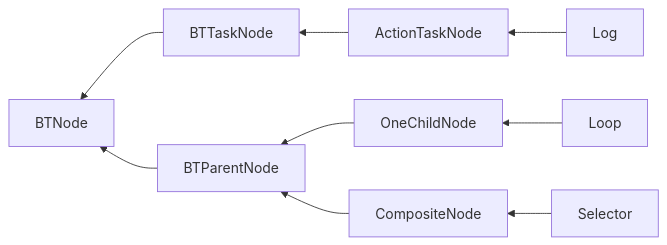
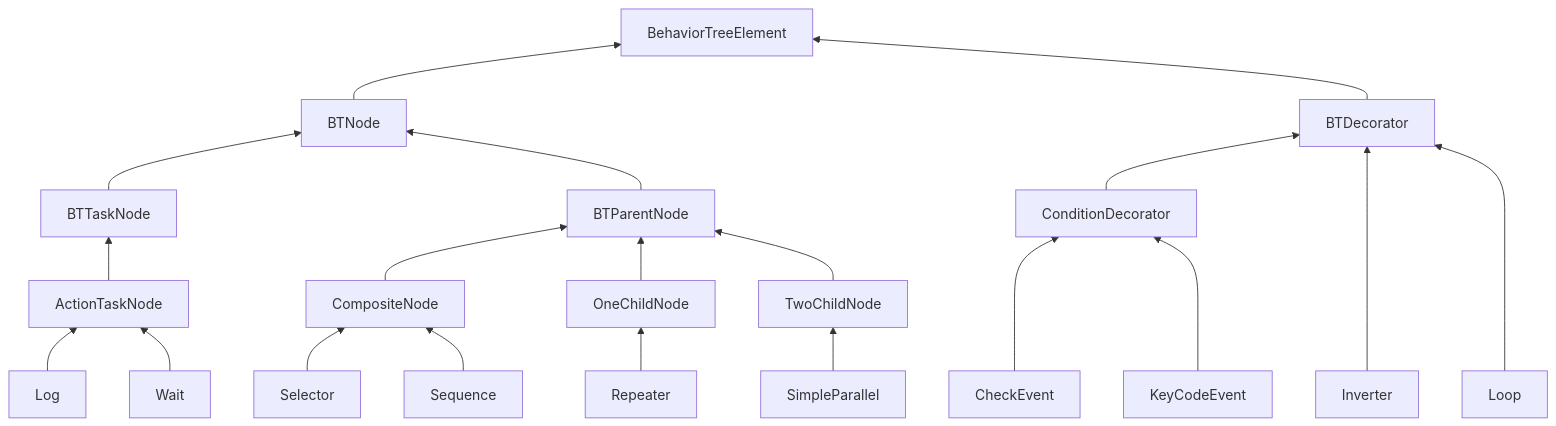
The first of 2 diagrams in UnityAI/Packages/com.megumin.ai/Runtime/BehaviorTree/README.md (0x3f3f3f3f/Megumin.GameFramework.AI), drawn with Mermaid before and after one commit. The commit also changed other lines of this file, not shown here.

Commit message:
整理文档

````diff
--- a/UnityAI/Packages/com.megumin.ai/Runtime/BehaviorTree/README.md
+++ b/UnityAI/Packages/com.megumin.ai/Runtime/BehaviorTree/README.md
@@ -91,6 +93,16 @@
 ```mermaid
-graph RL
-Log --> ActionTaskNode--> BTTaskNode-->BTNode
-Loop--> OneChildNode--> BTParentNode-->BTNode
-Selector--> CompositeNode--> BTParentNode
+graph BT
+BTNode --> BehaviorTreeElement
+Log --> ActionTaskNode --> BTTaskNode-->BTNode
+Wait --> ActionTaskNode
+Selector --> CompositeNode --> BTParentNode
+Sequence --> CompositeNode
+Repeater --> OneChildNode --> BTParentNode-->BTNode
+SimpleParallel --> TwoChildNode --> BTParentNode
+
+BTDecorator --> BehaviorTreeElement
+CheckEvent ---> ConditionDecorator --> BTDecorator
+KeyCodeEvent ---> ConditionDecorator
+Inverter ----> BTDecorator
+Loop ----> BTDecorator
 ```
````
